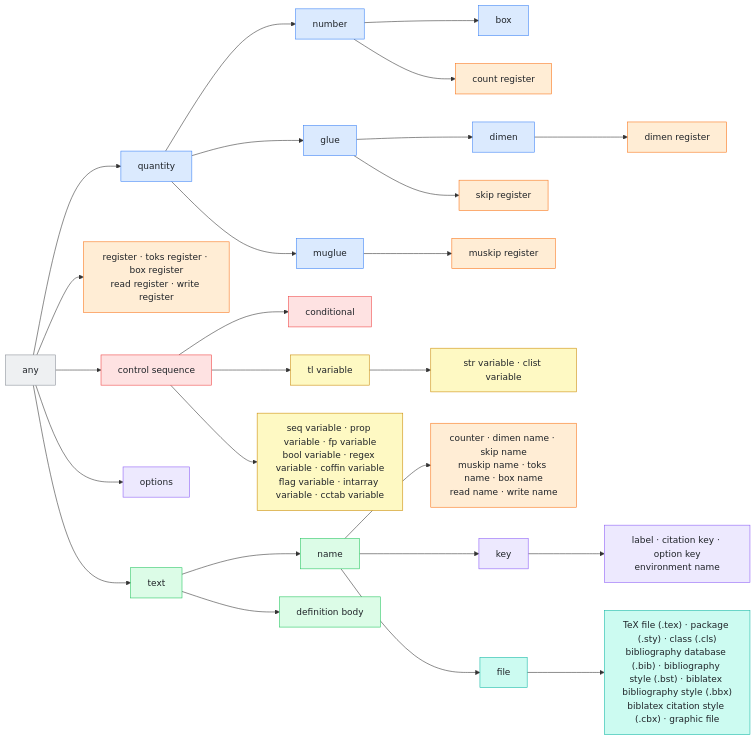
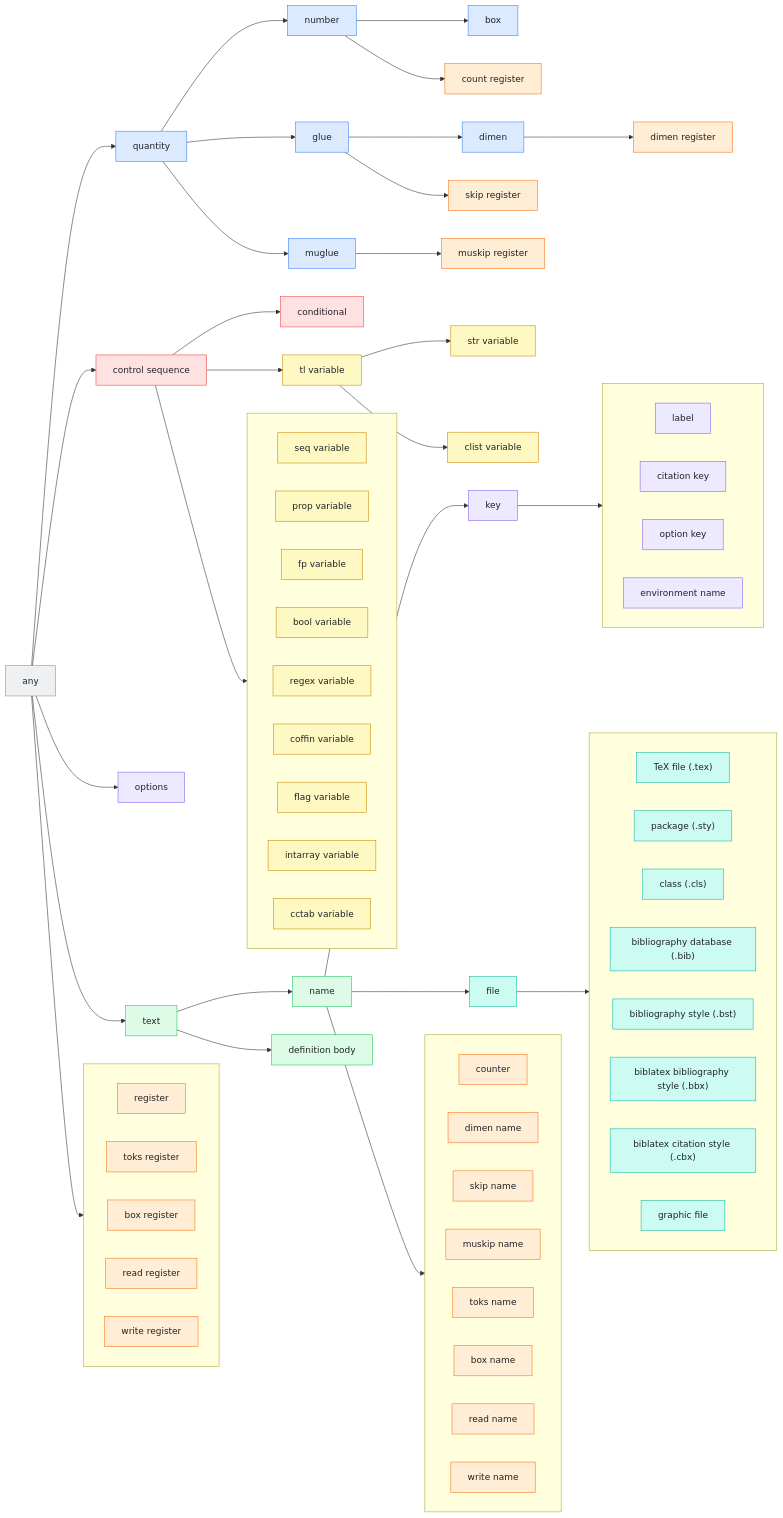
Before and after one commit to EagleoutIce/satex-analyzer: the diagram in doc/wiki/domains.md, drawn with Mermaid. The commit also changed other lines of this file and 23 other files, not shown here.

```diff
--- a/doc/wiki/domains.md
+++ b/doc/wiki/domains.md
@@ -243,7 +255,7 @@
   t4["glue"]:::quantity
   t5["muglue"]:::quantity
   t6["box"]:::quantity
-  t7["register · toks register · box register<br>read register · write register"]:::register
+  t7["register"]:::register
   t8["control sequence"]:::cs
   t9["conditional"]:::cs
   t10["options"]:::key
@@ -251,24 +263,107 @@
   t12["name"]:::text
   t13["definition body"]:::text
   t14["tl variable"]:::expl3
-  t15["str variable · clist variable"]:::expl3
-  t16["seq variable · prop variable · fp variable<br>bool variable · regex variable · coffin variable<br>flag variable · intarray variable · cctab variable"]:::expl3
-  t17["count register"]:::register
-  t18["dimen register"]:::register
-  t19["skip register"]:::register
-  t20["muskip register"]:::register
-  t21["counter · dimen name · skip name<br>muskip name · toks name · box name<br>read name · write name"]:::register
-  t22["key"]:::key
-  t23["label · citation key · option key<br>environment name"]:::key
-  t24["file"]:::file
-  t25["TeX file (.tex) · package (.sty) · class (.cls)<br>bibliography database (.bib) · bibliography style (.bst) · biblatex bibliography style (.bbx)<br>biblatex citation style (.cbx) · graphic file"]:::file
+  t15["str variable"]:::expl3
+  t16["clist variable"]:::expl3
+  t17["seq variable"]:::expl3
+  t18["prop variable"]:::expl3
+  t19["fp variable"]:::expl3
+  t20["bool variable"]:::expl3
+  t21["regex variable"]:::expl3
+  t22["coffin variable"]:::expl3
+  t23["flag variable"]:::expl3
+  t24["intarray variable"]:::expl3
+  t25["cctab variable"]:::expl3
+  t26["count register"]:::register
+  t27["dimen register"]:::register
+  t28["skip register"]:::register
+  t29["muskip register"]:::register
+  t30["toks register"]:::register
+  t31["box register"]:::register
+  t32["read register"]:::register
+  t33["write register"]:::register
+  t34["counter"]:::register
+  t35["dimen name"]:::register
+  t36["skip name"]:::register
+  t37["muskip name"]:::register
+  t38["toks name"]:::register
+  t39["box name"]:::register
+  t40["read name"]:::register
+  t41["write name"]:::register
+  t42["key"]:::key
+  t43["label"]:::key
+  t44["citation key"]:::key
+  t45["option key"]:::key
+  t46["environment name"]:::key
+  t47["file"]:::file
+  t48["TeX file (.tex)"]:::file
+  t49["package (.sty)"]:::file
+  t50["class (.cls)"]:::file
+  t51["bibliography database (.bib)"]:::file
+  t52["bibliography style (.bst)"]:::file
+  t53["biblatex bibliography style (.bbx)"]:::file
+  t54["biblatex citation style (.cbx)"]:::file
+  t55["graphic file"]:::file
+  subgraph g0_register[" "]
+    direction LR
+    t7
+    t30
+    t31
+    t32
+    t33
+  end
+  t0 --> g0_register
+  subgraph g8_expl3[" "]
+    direction LR
+    t17
+    t18
+    t19
+    t20
+    t21
+    t22
+    t23
+    t24
+    t25
+  end
+  t8 --> g8_expl3
+  subgraph g12_register[" "]
+    direction LR
+    t34
+    t35
+    t36
+    t37
+    t38
+    t39
+    t40
+    t41
+  end
+  t12 --> g12_register
+  subgraph g42_key[" "]
+    direction LR
+    t43
+    t44
+    t45
+    t46
+  end
+  t42 --> g42_key
+  subgraph g47_file[" "]
+    direction LR
+    t48
+    t49
+    t50
+    t51
+    t52
+    t53
+    t54
+    t55
+  end
+  t47 --> g47_file
   t0 --> t1
   t1 --> t2
   t4 --> t3
   t1 --> t4
   t1 --> t5
   t2 --> t6
-  t0 --> t7
   t0 --> t8
   t8 --> t9
   t0 --> t10
@@ -277,16 +372,13 @@
   t11 --> t13
   t8 --> t14
   t14 --> t15
-  t8 --> t16
-  t2 --> t17
-  t3 --> t18
-  t4 --> t19
-  t5 --> t20
-  t12 --> t21
-  t12 --> t22
-  t22 --> t23
-  t12 --> t24
-  t24 --> t25
+  t14 --> t16
+  t2 --> t26
+  t3 --> t27
+  t4 --> t28
+  t5 --> t29
+  t12 --> t42
+  t12 --> t47
   classDef top fill:#eef0f2,stroke:#8a8f98,color:#1f2328
   classDef quantity fill:#dbeafe,stroke:#3b82f6,color:#1f2328
   classDef register fill:#ffedd5,stroke:#f97316,color:#1f2328
```
